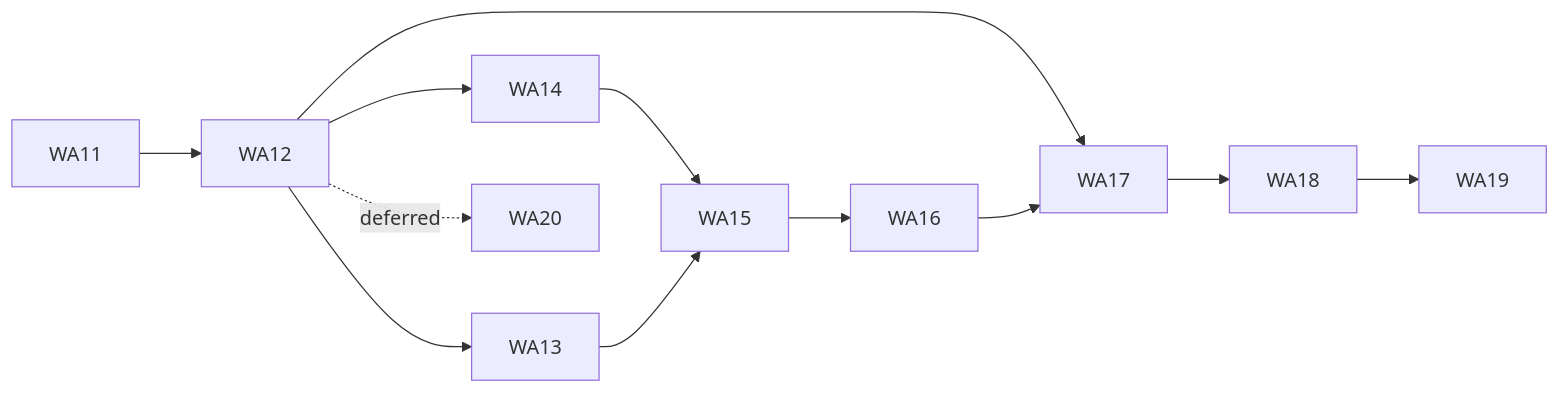
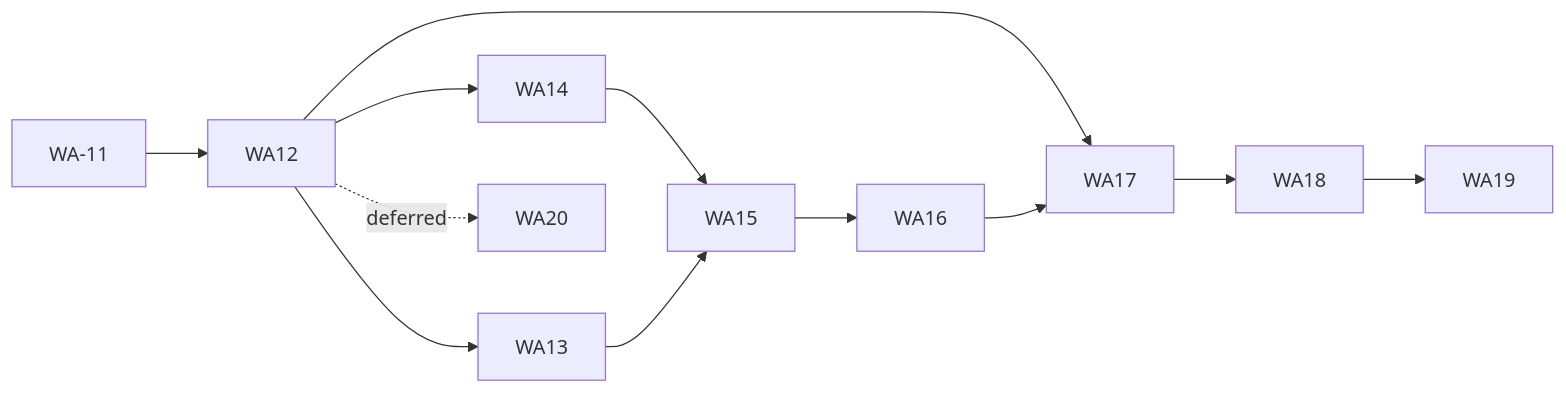
One commit to nebularis/lattice changed the second of 2 diagrams in docs/developer/plans/word-authoring-poc.md. Above: the diagram before and after it, drawn with Mermaid. The commit also changed other lines of this file and 422 other files, not shown here.

````diff
--- a/docs/developer/plans/word-authoring-poc.md
+++ b/docs/developer/plans/word-authoring-poc.md
@@ -300,9 +301,9 @@
 ```mermaid
 flowchart LR
-    WA11 --> WA12 --> WA13
+    WA-11 --> WA12 --> WA13
     WA12 --> WA14 --> WA15 --> WA16
     WA13 --> WA15
     WA12 & WA16 --> WA17
     WA17 --> WA18 --> WA19
     WA12 -.deferred.-> WA20
 ```
````
